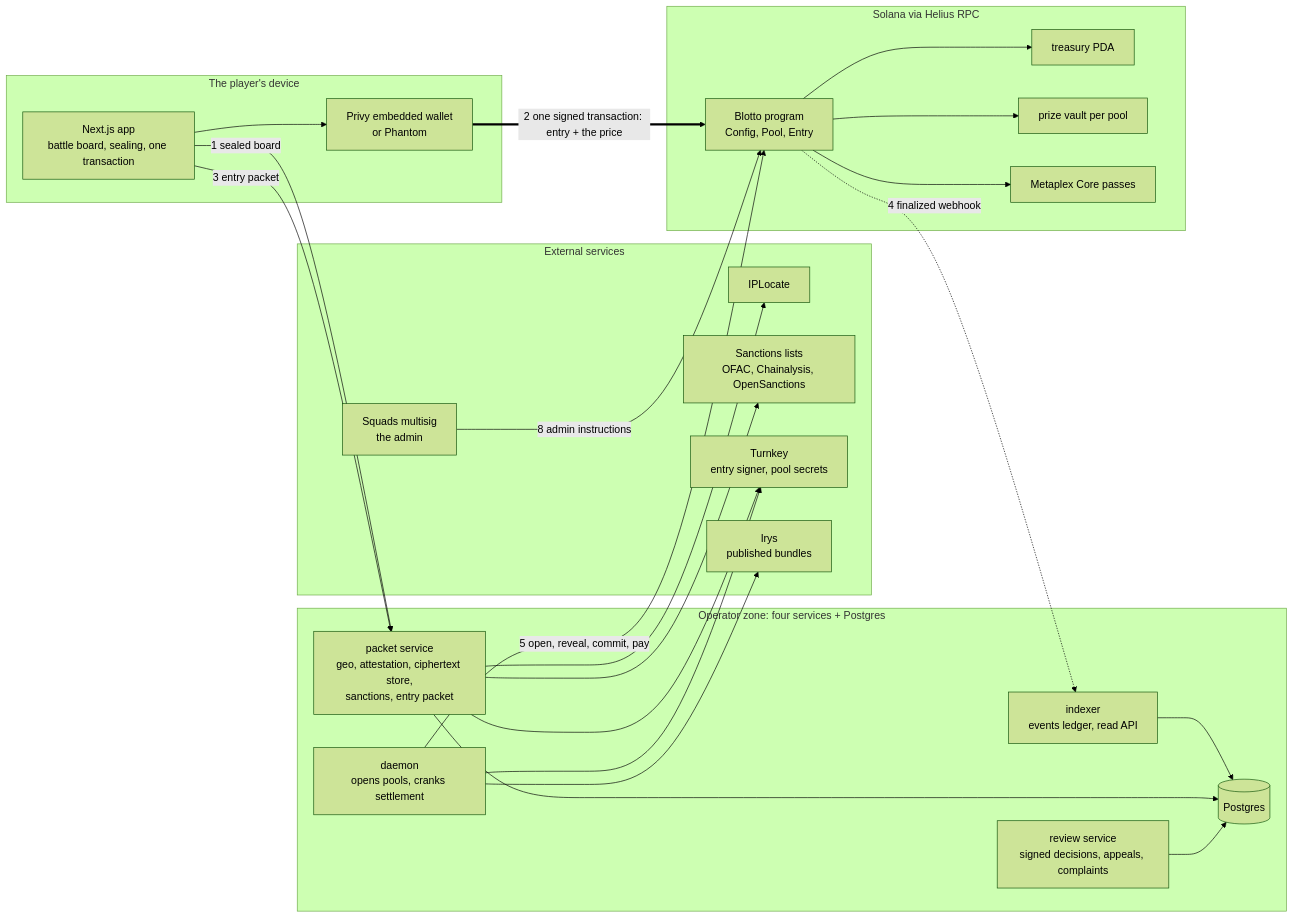
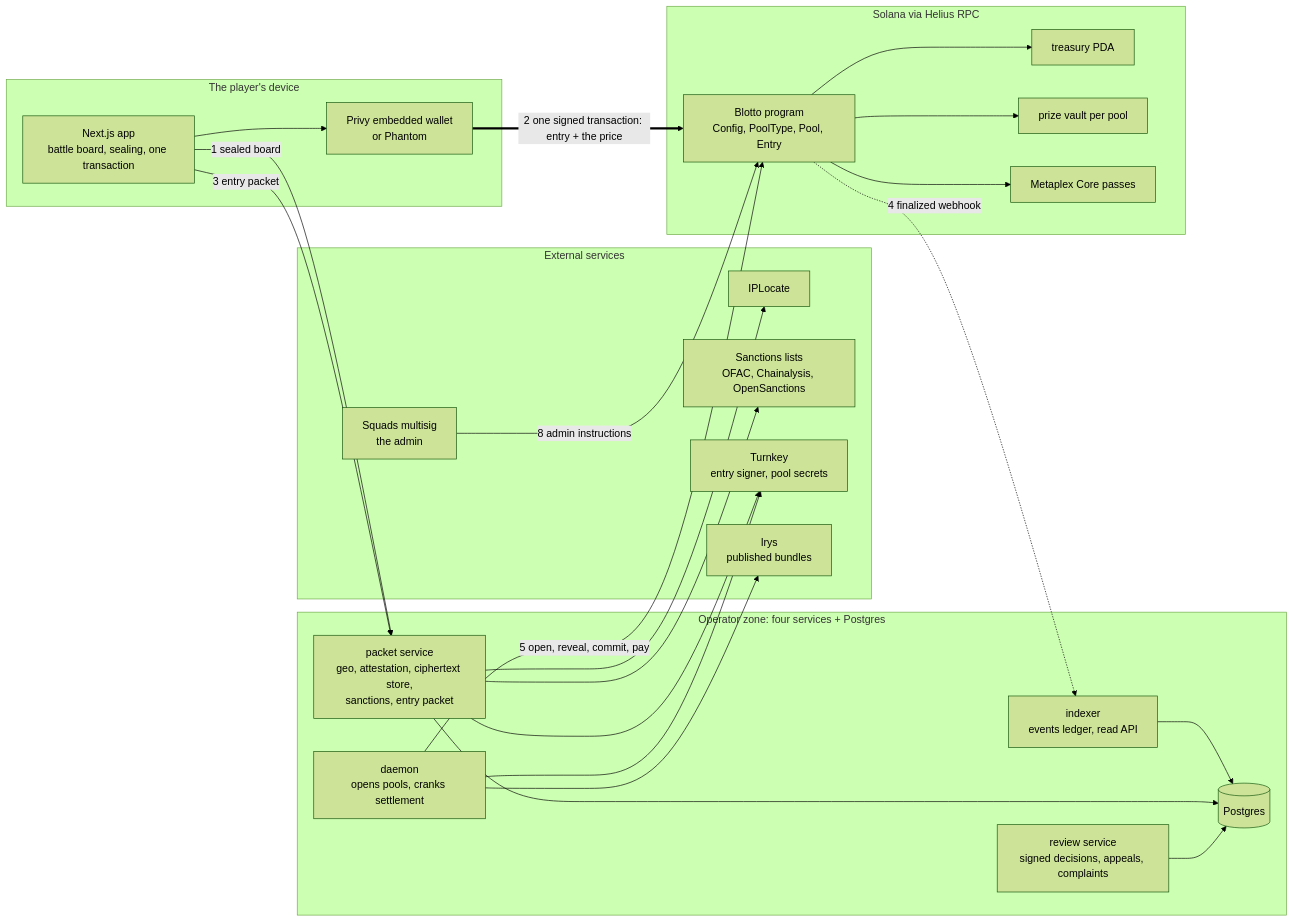
The first of 7 diagrams in docs/architecture/DIAGRAMS.md (tomtblock/blotto), drawn with Mermaid (forest theme) before and after one commit. The commit also changed other lines of this file and 16 other files, not shown here.

````diff
--- a/docs/architecture/DIAGRAMS.md
+++ b/docs/architecture/DIAGRAMS.md
@@ -20,40 +20,40 @@
 ```mermaid
 flowchart LR
   subgraph device["The player's device"]
     APP["Next.js app<br/>battle board, sealing, one transaction"]
     WALLET["Privy embedded wallet<br/>or Phantom"]
   end
   subgraph ours["Operator zone: four services + Postgres"]
     PACKET["packet service<br/>geo, attestation, ciphertext store,<br/>sanctions, entry packet"]
     INDEXER["indexer<br/>events ledger, read API"]
     DAEMON["daemon<br/>opens pools, cranks settlement"]
     REVIEW["review service<br/>signed decisions, appeals, complaints"]
     PG[("Postgres")]
   end
   subgraph vendors["External services"]
     IPL["IPLocate"]
     SANC["Sanctions lists<br/>OFAC, Chainalysis, OpenSanctions"]
     TK["Turnkey<br/>entry signer, pool secrets"]
     IRYS["Irys<br/>published bundles"]
     SQUADS["Squads multisig<br/>the admin"]
   end
   subgraph chain["Solana via Helius RPC"]
-    PROG["Blotto program<br/>Config, Pool, Entry"]
+    PROG["Blotto program<br/>Config, PoolType, Pool, Entry"]
     TREAS["treasury PDA"]
     VAULT["prize vault per pool"]
     MPL["Metaplex Core passes"]
   end
   APP -- "1 sealed board" --> PACKET
   APP -- "3 entry packet" --> PACKET
   PACKET --> IPL & SANC & TK
   APP --> WALLET
   WALLET == "2 one signed transaction: entry + the price" ==> PROG
   PROG --> TREAS & VAULT & MPL
   PROG -. "4 finalized webhook" .-> INDEXER
   INDEXER --> PG
   PACKET --> PG
   REVIEW --> PG
   DAEMON -- "5 open, reveal, commit, pay" --> PROG
   DAEMON --> TK & IRYS
   SQUADS -- "8 admin instructions" --> PROG
 ```
````
